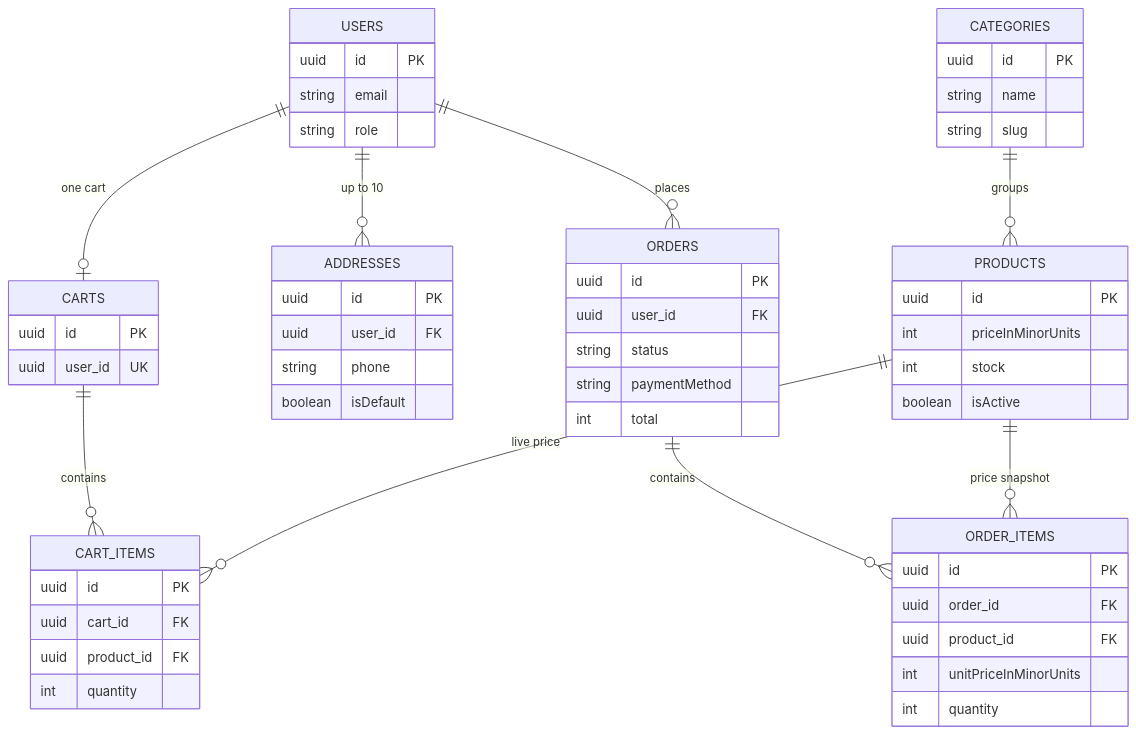
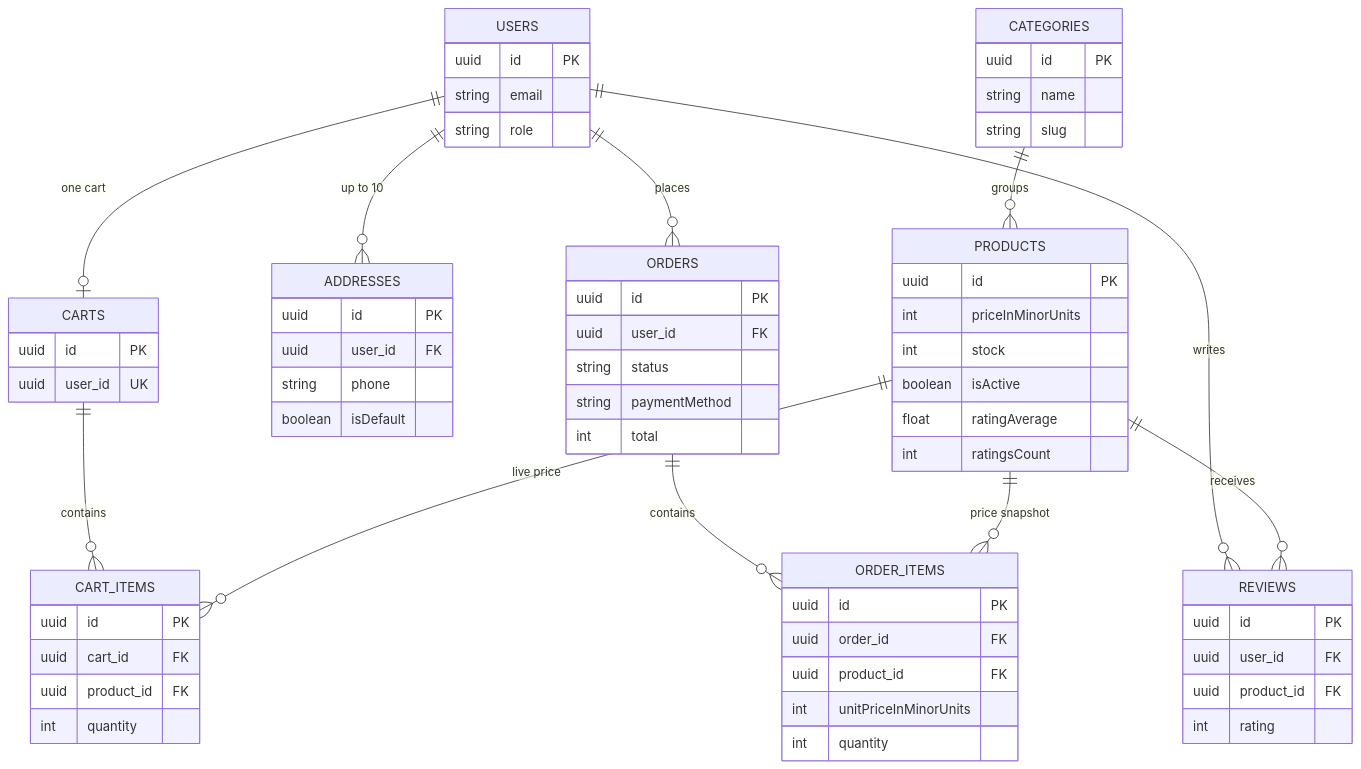
One commit to mahdi-code007/ecommerce-api-typescript changed the fifth of 6 diagrams in README.md. Above: the diagram before and after it, drawn with Mermaid. The commit also changed other lines of this file and 18 other files, not shown here.

Commit message:
feat: add order filters reorder and product reviews

````diff
--- a/README.md
+++ b/README.md
@@ -441,57 +476,67 @@
 ```mermaid
 erDiagram
   USERS ||--o| CARTS : "one cart"
   USERS ||--o{ ADDRESSES : "up to 10"
   USERS ||--o{ ORDERS : places
+  USERS ||--o{ REVIEWS : writes
+  PRODUCTS ||--o{ REVIEWS : receives
   CARTS ||--o{ CART_ITEMS : contains
   PRODUCTS ||--o{ CART_ITEMS : "live price"
   ORDERS ||--o{ ORDER_ITEMS : contains
   PRODUCTS ||--o{ ORDER_ITEMS : "price snapshot"
   CATEGORIES ||--o{ PRODUCTS : groups
   USERS {
     uuid id PK
     string email
     string role
   }
   CARTS {
     uuid id PK
     uuid user_id UK
   }
   CART_ITEMS {
     uuid id PK
     uuid cart_id FK
     uuid product_id FK
     int quantity
   }
   ADDRESSES {
     uuid id PK
     uuid user_id FK
     string phone
     boolean isDefault
   }
   ORDERS {
     uuid id PK
     uuid user_id FK
     string status
     string paymentMethod
     int total
   }
   ORDER_ITEMS {
     uuid id PK
     uuid order_id FK
     uuid product_id FK
     int unitPriceInMinorUnits
     int quantity
   }
   PRODUCTS {
     uuid id PK
     int priceInMinorUnits
     int stock
     boolean isActive
+    float ratingAverage
+    int ratingsCount
+  }
+  REVIEWS {
+    uuid id PK
+    uuid user_id FK
+    uuid product_id FK
+    int rating
   }
   CATEGORIES {
     uuid id PK
     string name
     string slug
   }
 ```
````
